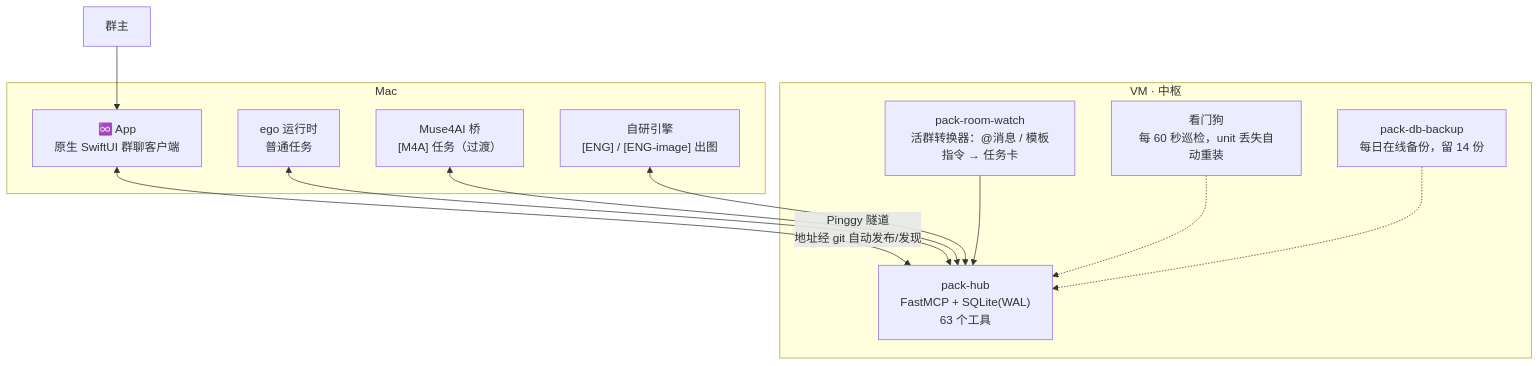
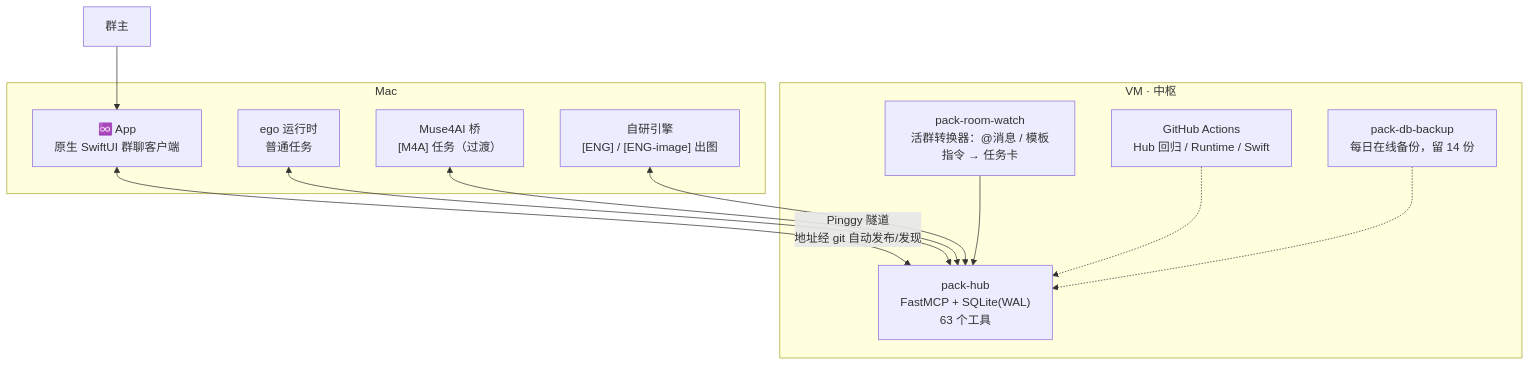
One commit to cyou1314/Pack changed the first of 2 diagrams in README.md. Above: the diagram before and after it, drawn with Mermaid. The commit also changed other lines of this file and 18 other files, not shown here.

````diff
--- a/README.md
+++ b/README.md
@@ -58,24 +58,24 @@
 ```mermaid
 flowchart TB
     subgraph VM["VM · 中枢"]
         HUB["pack-hub<br/>FastMCP + SQLite(WAL)<br/>63 个工具"]
         WATCH["pack-room-watch<br/>活群转换器：@消息 / 模板指令 → 任务卡"]
         BAK["pack-db-backup<br/>每日在线备份，留 14 份"]
-        DOG["看门狗<br/>每 60 秒巡检，unit 丢失自动重装"]
+        CI["GitHub Actions<br/>Hub 回归 / Runtime / Swift"]
     end
     subgraph MAC["Mac"]
         APP["♾️ App<br/>原生 SwiftUI 群聊客户端"]
         EGO["ego 运行时<br/>普通任务"]
         BRIDGE["Muse4AI 桥<br/>[M4A] 任务（过渡）"]
         ENG["自研引擎<br/>[ENG] / [ENG-image] 出图"]
     end
     OWNER["群主"]
     OWNER --> APP
     APP <-->|"Pinggy 隧道<br/>地址经 git 自动发布/发现"| HUB
     EGO <--> HUB
     BRIDGE <--> HUB
     ENG <--> HUB
     WATCH --> HUB
-    DOG -.-> HUB
+    CI -.-> HUB
     BAK -.-> HUB
 ```
````
